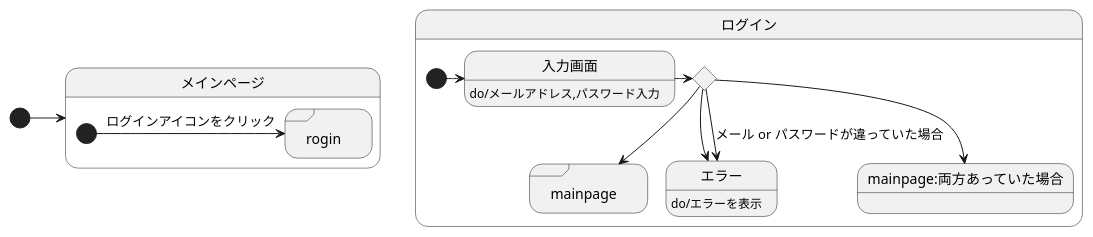
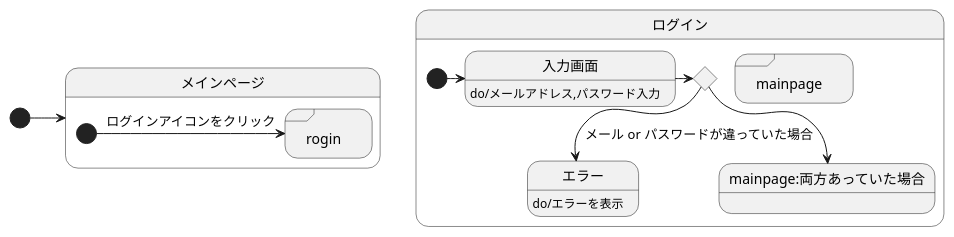
One commit to akutori/T-D-E changed the diagram in UML.md. Above: the diagram before and after it, drawn with PlantUML.

Commit message:
っｓ

````diff
--- a/UML.md
+++ b/UML.md
@@ -1,23 +1,22 @@
 ```uml
 @startuml
 [*]->メインページ
 state メインページ{
 state rogin
     [*]-> rogin : ログインアイコンをクリック
 }
 state "rogin" <<sdlreceive>> 
 
 state ログイン{
 state input <<choice>>
 state "mainpage" <<sdlreceive>>
 入力画面:do/メールアドレス,パスワード入力
 エラー:do/エラーを表示
     [*]-> 入力画面
     入力画面->input
-    input --> エラー
+
     input -->エラー:メール or パスワードが違っていた場合
     input --> mainpage:両方あっていた場合
-    input --> mainpage
 }
 @enduml
 ```
````
